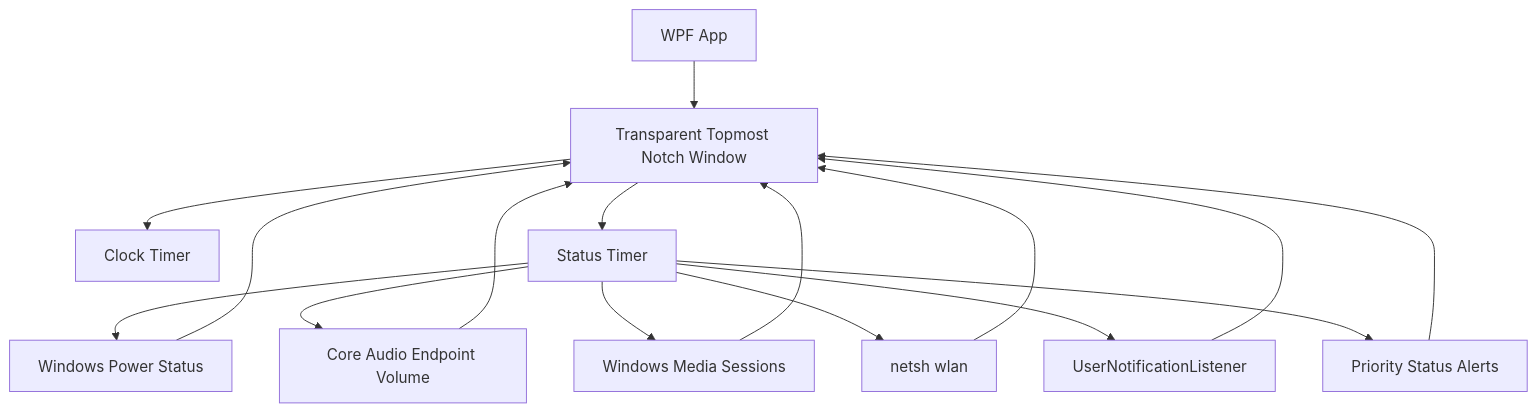
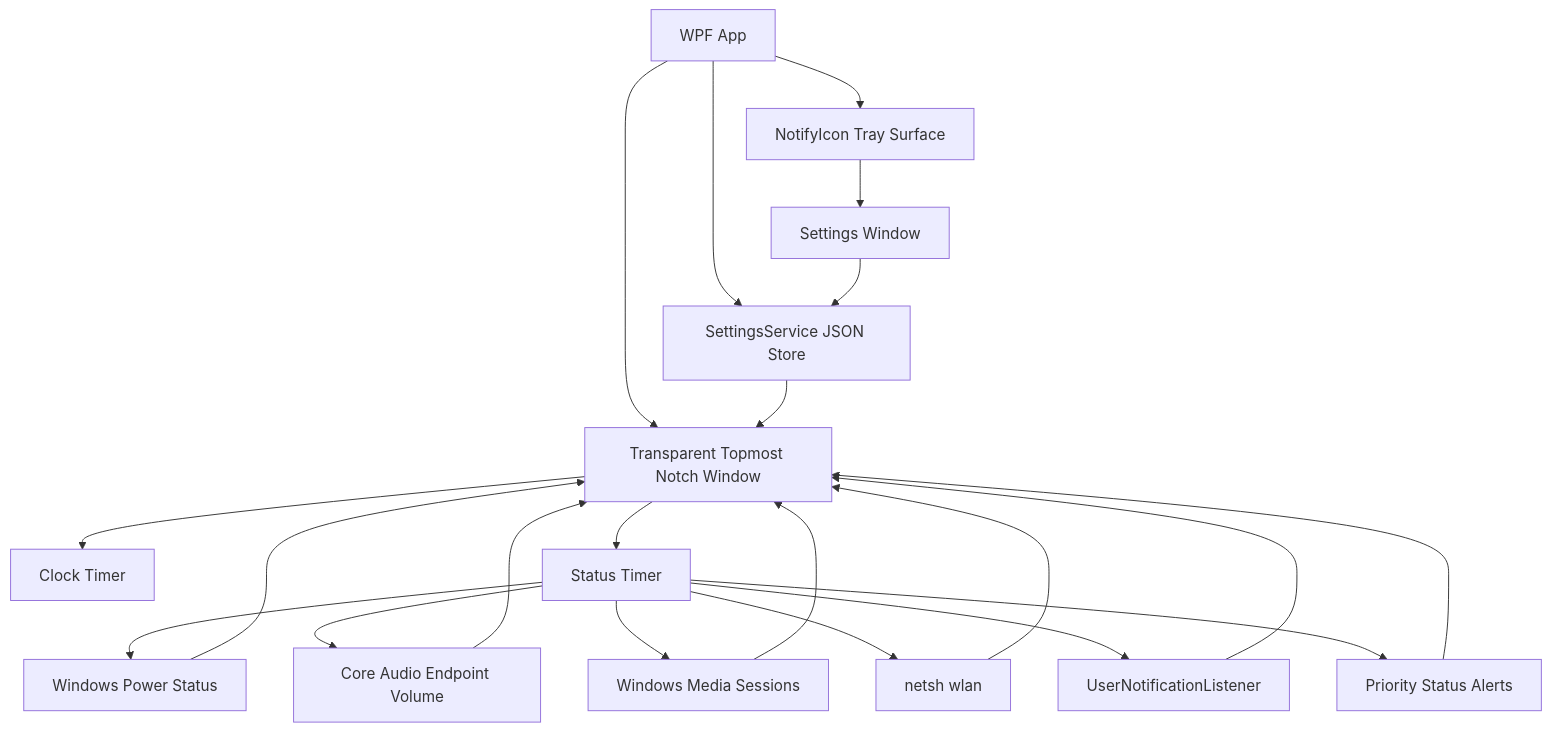
The first of 2 diagrams in docs/architecture.md (mjmajlesi/winotch), drawn with Mermaid before and after one commit. The commit also changed other lines of this file and 9 other files, not shown here.

Commit message:
Add settings window and tray surface

````diff
--- a/docs/architecture.md
+++ b/docs/architecture.md
@@ -5,18 +5,23 @@
 ```mermaid
 flowchart TD
     App["WPF App"] --> Window["Transparent Topmost Notch Window"]
     Window --> Clock["Clock Timer"]
     Window --> Status["Status Timer"]
     Status --> Battery["Windows Power Status"]
     Status --> Audio["Core Audio Endpoint Volume"]
     Status --> Media["Windows Media Sessions"]
     Status --> Wifi["netsh wlan"]
     Status --> Notifications["UserNotificationListener"]
     Status --> Priority["Priority Status Alerts"]
+    App --> Settings["SettingsService JSON Store"]
+    App --> Tray["NotifyIcon Tray Surface"]
+    Tray --> SettingsWindow["Settings Window"]
+    SettingsWindow --> Settings
+    Settings --> Window
     Battery --> Window
     Audio --> Window
     Media --> Window
     Wifi --> Window
     Notifications --> Window
     Priority --> Window
 ```
````
